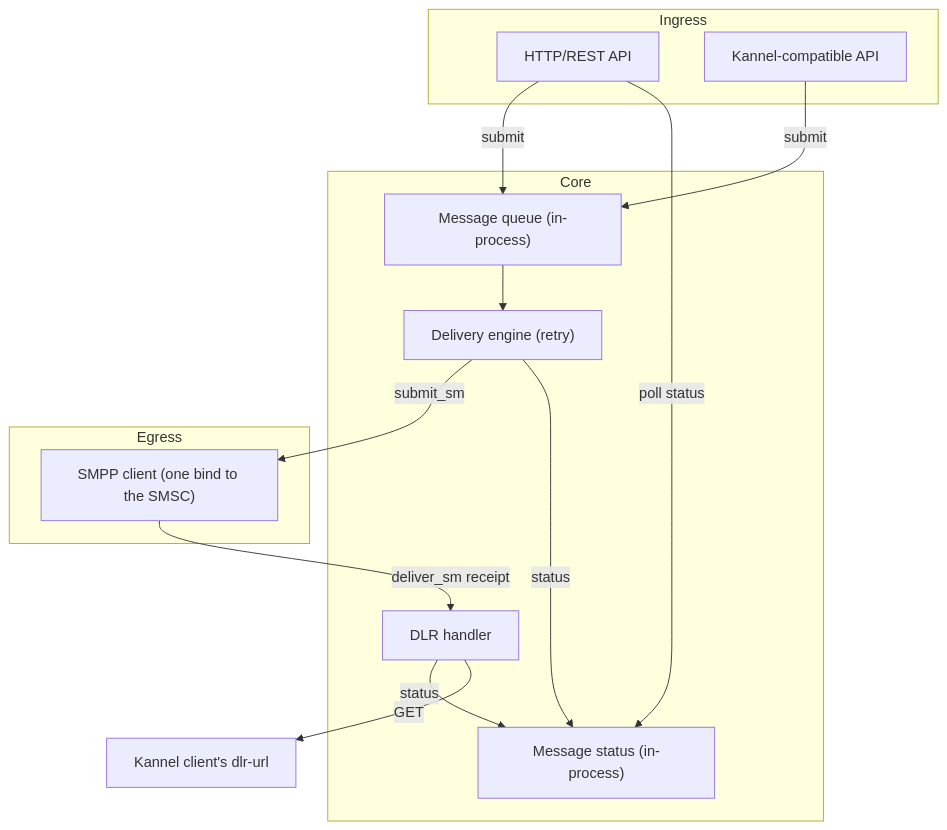
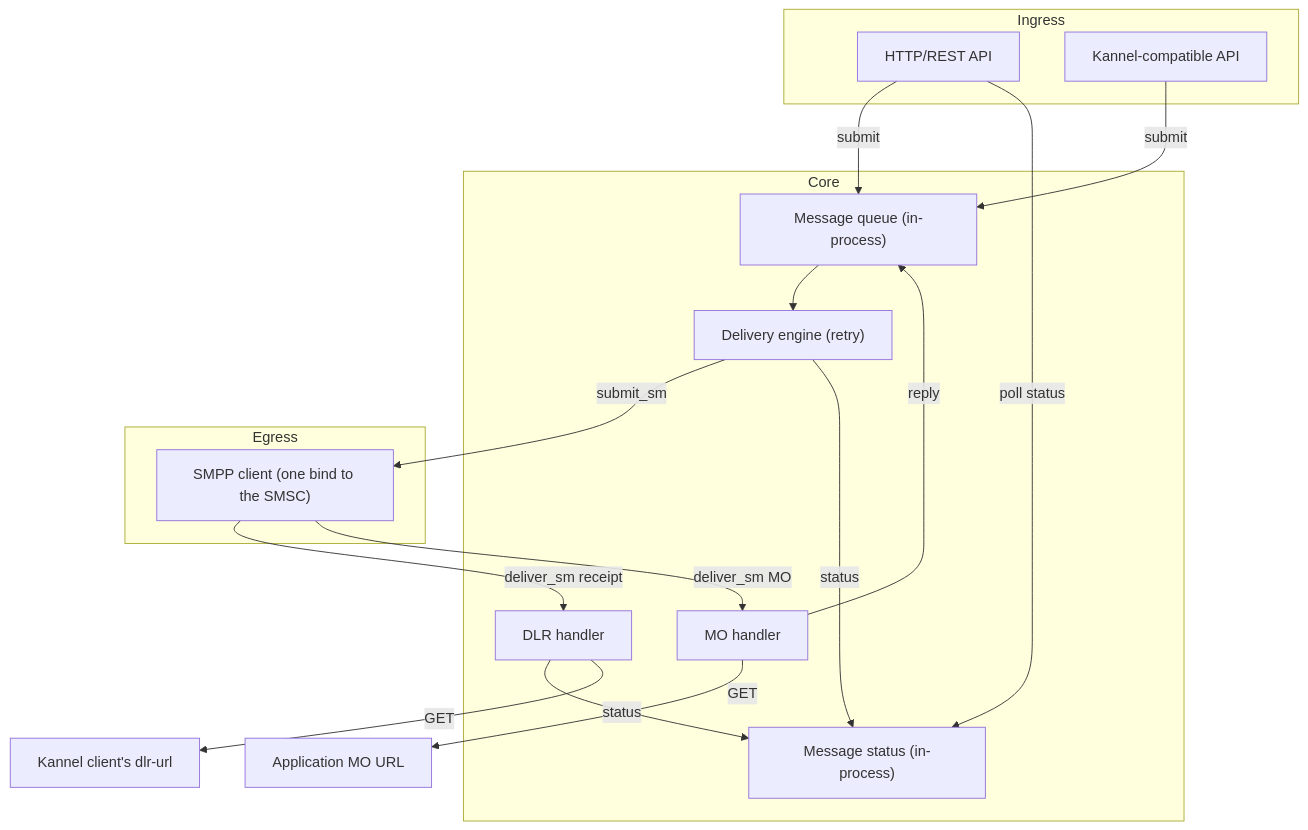
Before and after one commit to codcod/porth: the diagram in docs/user-manual/introduction.adoc, drawn with Mermaid. The commit also changed other lines of this file and 15 other files, not shown here.

First line of the commit message:
feat(mo): forward MO SMS to the Kannel get-url and send its reply back (POR-015)

```diff
--- a/docs/user-manual/introduction.adoc
+++ b/docs/user-manual/introduction.adoc
@@ -35,27 +37,32 @@
 [mermaid]
 ....
 flowchart TB
     subgraph Ingress
         HTTP_API["HTTP/REST API"]
         Kannel_API["Kannel-compatible API"]
     end
     subgraph Core
         Queue["Message queue (in-process)"]
         Delivery["Delivery engine (retry)"]
         Store["Message status (in-process)"]
         DLR["DLR handler"]
+        MO["MO handler"]
     end
     subgraph Egress
         SMPP_Client["SMPP client (one bind to the SMSC)"]
     end
     KannelTarget["Kannel client's dlr-url"]
+    Application["Application MO URL"]
     HTTP_API -->|submit| Queue
     Kannel_API -->|submit| Queue
     Queue --> Delivery
     Delivery -->|submit_sm| SMPP_Client
     Delivery -->|status| Store
     SMPP_Client -->|deliver_sm receipt| DLR
     DLR -->|status| Store
     DLR -->|GET| KannelTarget
+    SMPP_Client -->|deliver_sm MO| MO
+    MO -->|GET| Application
+    MO -->|reply| Queue
     HTTP_API -->|poll status| Store
 ....
```
